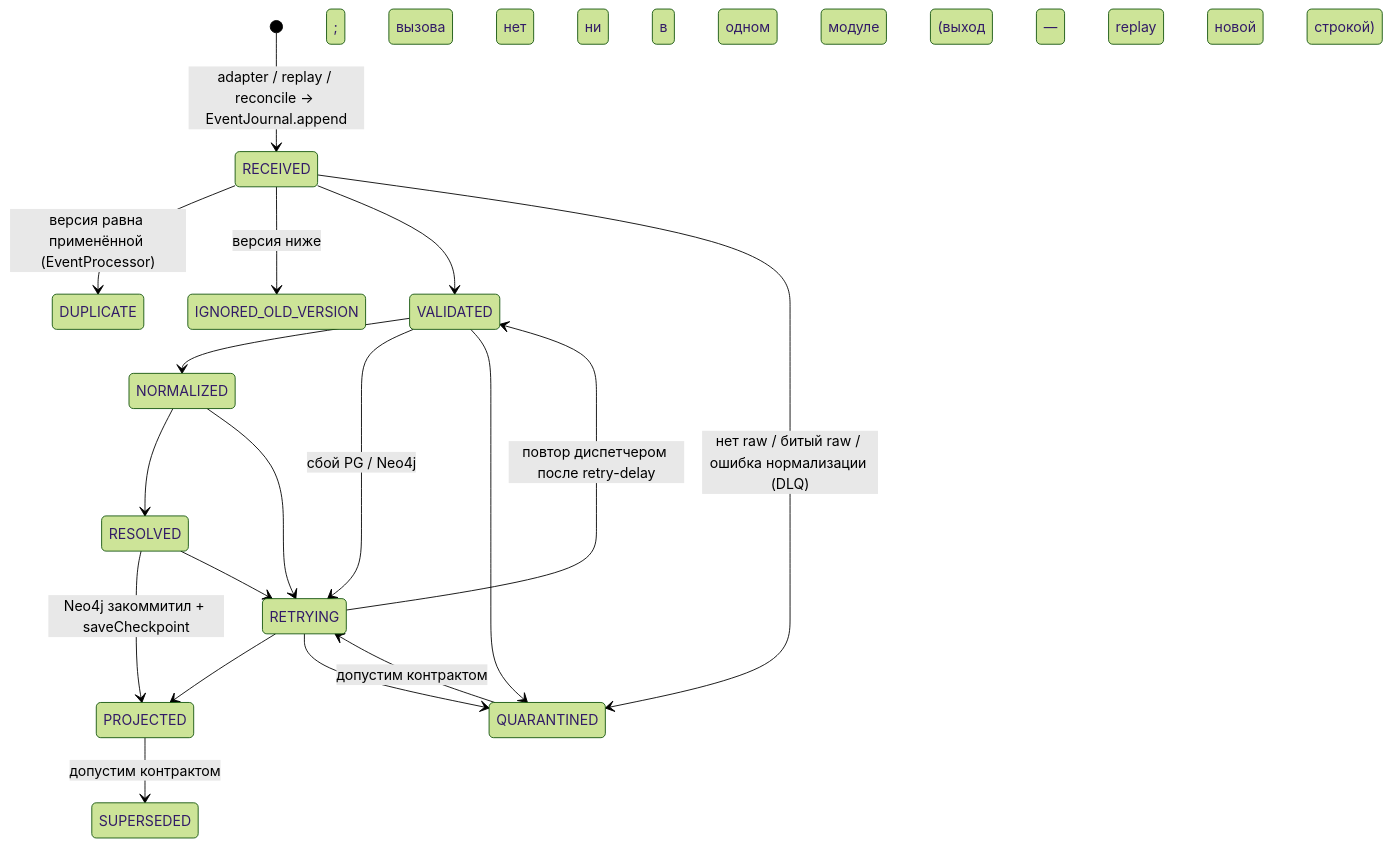
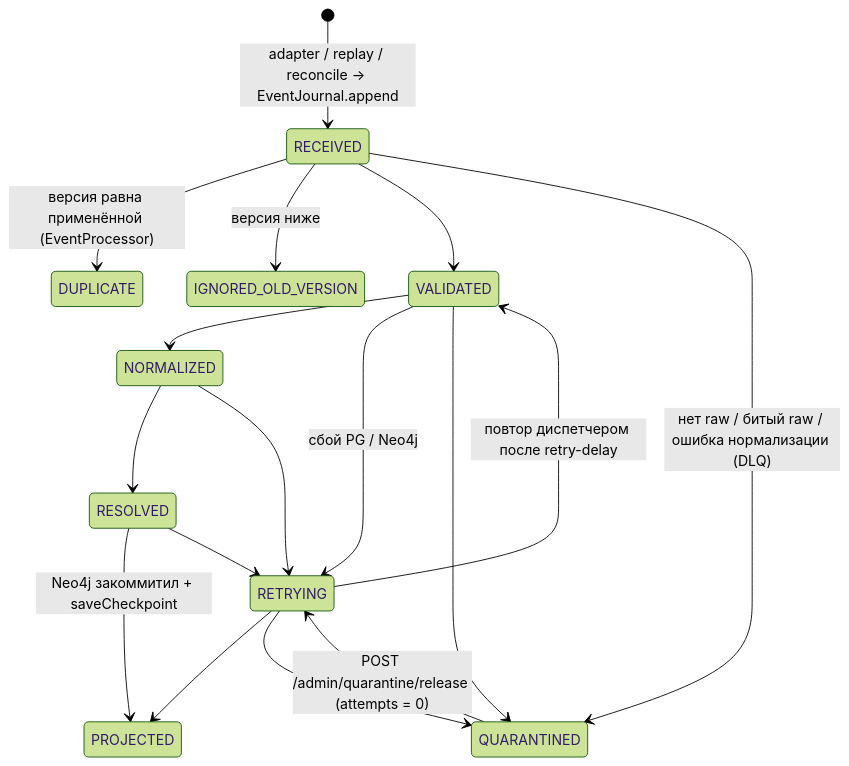
The fifth of 5 diagrams in _reversa_sdd/flowcharts/ingestion-service.md (Unlocker/architecture-rag), drawn with Mermaid (forest theme) before and after one commit. The commit also changed 55 other files, not shown here.

Commit message:
UNLOCKER-281: жизненный цикл DLQ — replayed_at, возврат из карантина, лимит RETRYING, удаление SUPERSEDED

````diff
--- a/_reversa_sdd/flowcharts/ingestion-service.md
+++ b/_reversa_sdd/flowcharts/ingestion-service.md
@@ -93,20 +93,19 @@
 ```mermaid
 stateDiagram-v2
   [*] --> RECEIVED: adapter / replay / reconcile → EventJournal.append
   RECEIVED --> DUPLICATE: версия равна применённой (EventProcessor)
   RECEIVED --> IGNORED_OLD_VERSION: версия ниже
   RECEIVED --> VALIDATED
   VALIDATED --> NORMALIZED
   NORMALIZED --> RESOLVED
   RESOLVED --> PROJECTED: Neo4j закоммитил + saveCheckpoint
   VALIDATED --> RETRYING: сбой PG / Neo4j
   NORMALIZED --> RETRYING
   RESOLVED --> RETRYING
   RECEIVED --> QUARANTINED: нет raw / битый raw / ошибка нормализации (DLQ)
   VALIDATED --> QUARANTINED
   RETRYING --> VALIDATED: повтор диспетчером после retry-delay
   RETRYING --> PROJECTED
   RETRYING --> QUARANTINED
-  QUARANTINED --> RETRYING: допустим контрактом; вызова нет ни в одном модуле (выход — replay новой строкой)
-  PROJECTED --> SUPERSEDED: допустим контрактом; вызова нет ни в одном модуле
+  QUARANTINED --> RETRYING: POST /admin/quarantine/release (attempts = 0)
 ```
````
